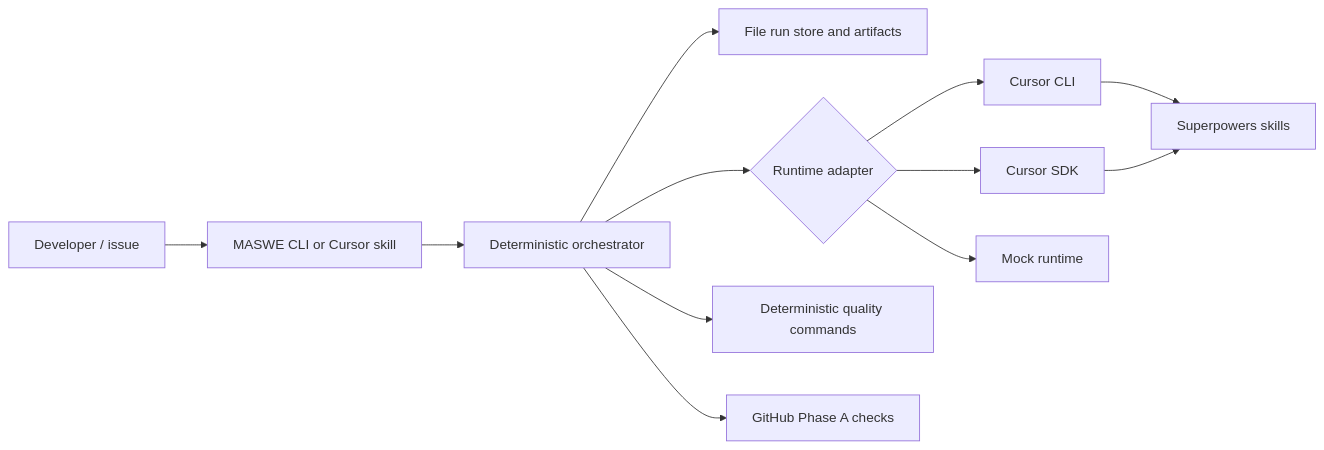
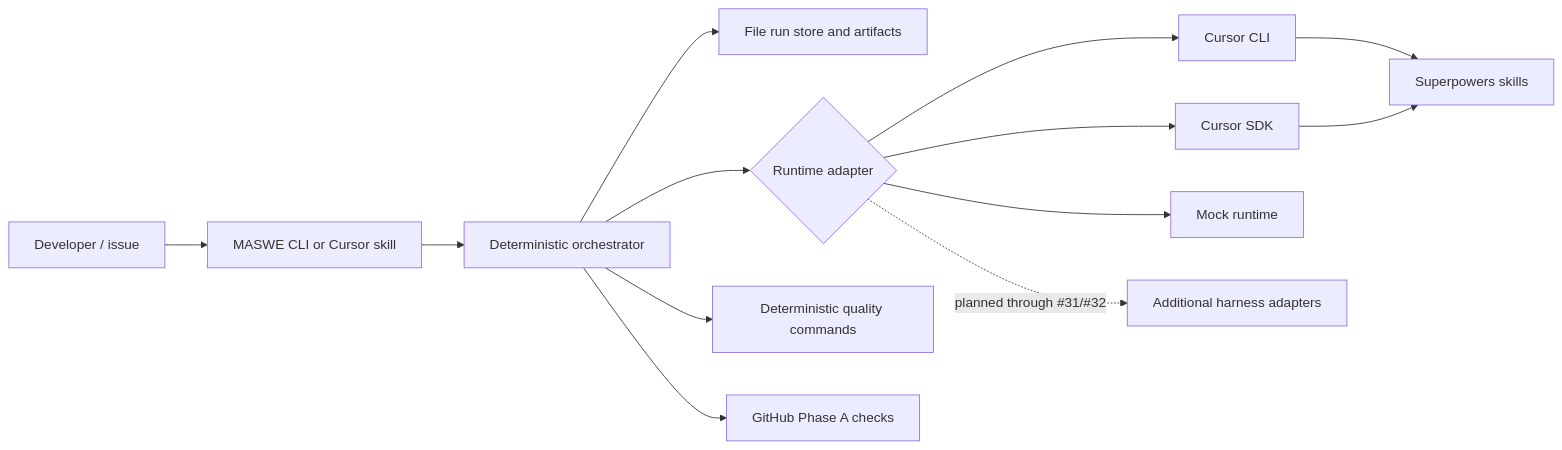
One commit to tomazb/cursor-multi-agent-software-engineer changed the diagram in README.md. Above: the diagram before and after it, drawn with Mermaid. The commit also changed other lines of this file and 14 other files, not shown here.

````diff
--- a/README.md
+++ b/README.md
@@ -45,14 +47,15 @@
 ```mermaid
 flowchart LR
   U[Developer / issue] --> CLI[MASWE CLI or Cursor skill]
   CLI --> O[Deterministic orchestrator]
   O --> S[File run store and artifacts]
   O --> R{Runtime adapter}
   R --> C[Cursor CLI]
   R --> SDK[Cursor SDK]
   R --> M[Mock runtime]
+  R -. planned through #31/#32 .-> H[Additional harness adapters]
   O --> Q[Deterministic quality commands]
   C --> SP[Superpowers skills]
   SDK --> SP
   O --> GH[GitHub Phase A checks]
 ```
````
